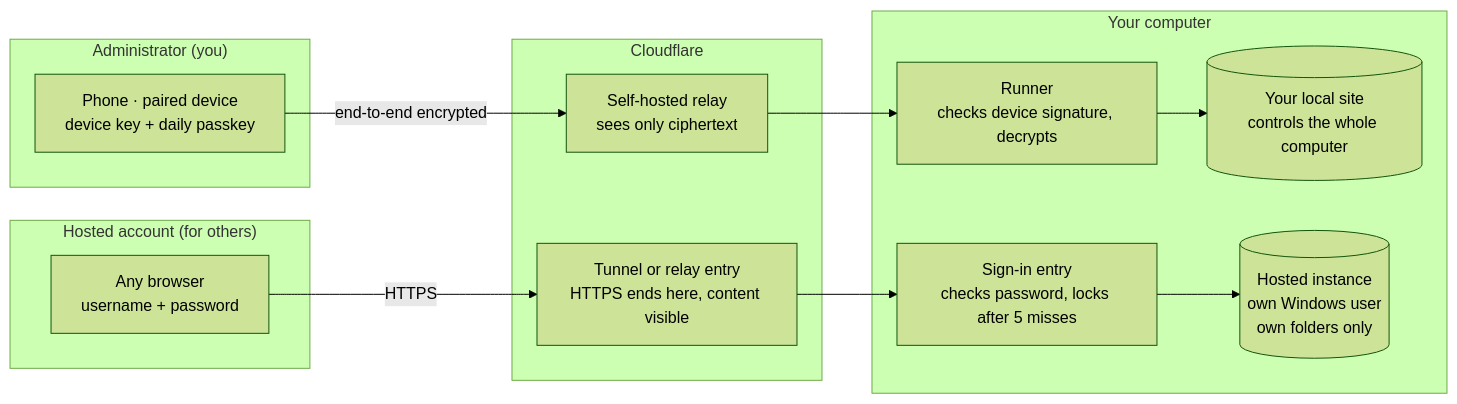
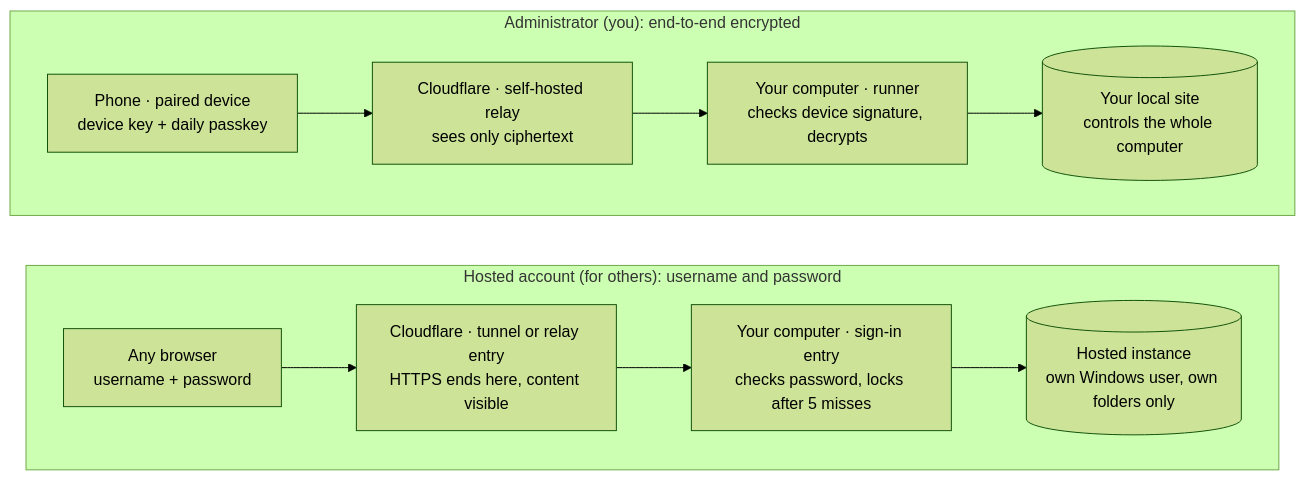
One commit to huyan1458/ai_co_discuss changed the second of 2 diagrams in README.md. Above: the diagram before and after it, drawn with Mermaid (forest theme). The commit also changed other lines of this file and 1 other file, not shown here.

Commit message:
docs(readme): 简化工作原理示意图，按消息流程标注步骤

````diff
--- a/README.md
+++ b/README.md
@@ -119,21 +116,12 @@
 ```mermaid
-flowchart LR
-    subgraph ADMIN["Administrator (you)"]
-        P["Phone · paired device<br>device key + daily passkey"]
+flowchart TB
+    subgraph ADMIN["Administrator (you): end-to-end encrypted"]
+        direction LR
+        P["Phone · paired device<br>device key + daily passkey"] --> C["Cloudflare · self-hosted relay<br>sees only ciphertext"] --> R["Your computer · runner<br>checks device signature, decrypts"] --> O[("Your local site<br>controls the whole computer")]
     end
-    subgraph GUEST["Hosted account (for others)"]
-        G["Any browser<br>username + password"]
+    subgraph GUEST["Hosted account (for others): username and password"]
+        direction LR
+        G["Any browser<br>username + password"] --> T["Cloudflare · tunnel or relay entry<br>HTTPS ends here, content visible"] --> L["Your computer · sign-in entry<br>checks password, locks after 5 misses"] --> H[("Hosted instance<br>own Windows user, own folders only")]
     end
-    subgraph CF["Cloudflare"]
-        C["Self-hosted relay<br>sees only ciphertext"]
-        T["Tunnel or relay entry<br>HTTPS ends here, content visible"]
-    end
-    subgraph PC["Your computer"]
-        R["Runner<br>checks device signature, decrypts"]
-        O[("Your local site<br>controls the whole computer")]
-        L["Sign-in entry<br>checks password, locks after 5 misses"]
-        H[("Hosted instance<br>own Windows user<br>own folders only")]
-    end
-    P -- end-to-end encrypted --> C --> R --> O
-    G -- HTTPS --> T --> L --> H
+    ADMIN ~~~ GUEST
 ```
````
